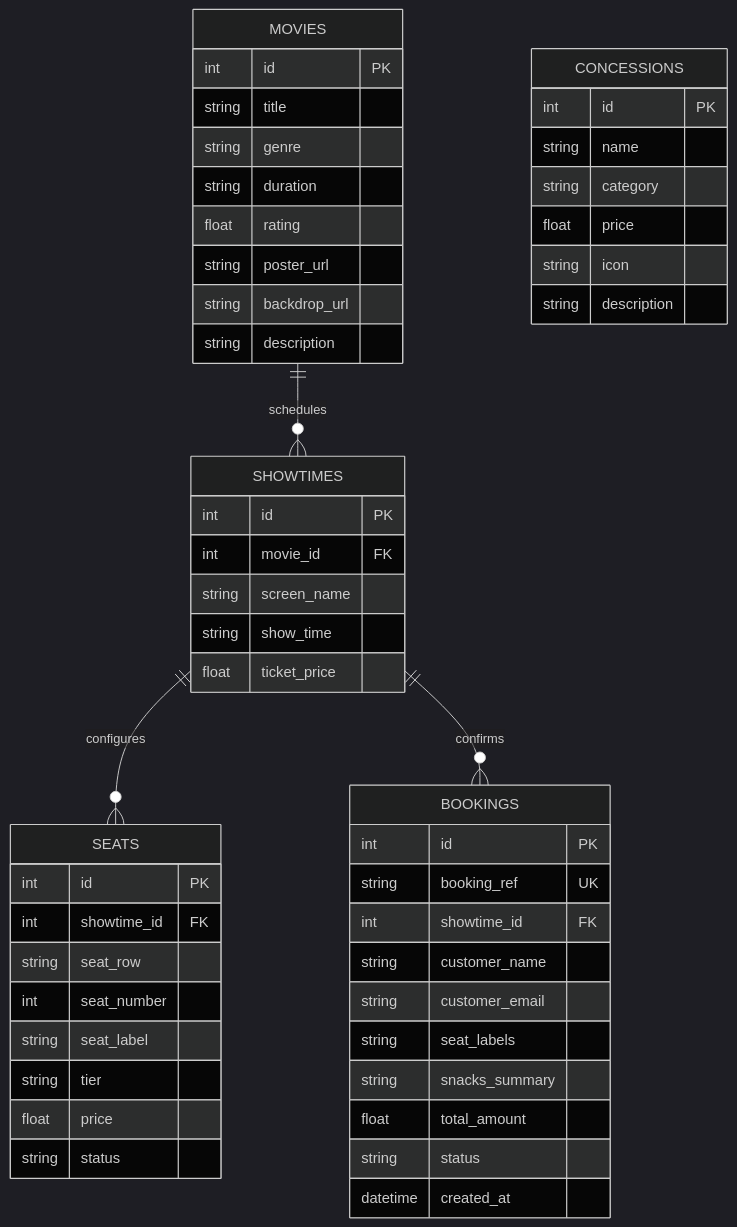
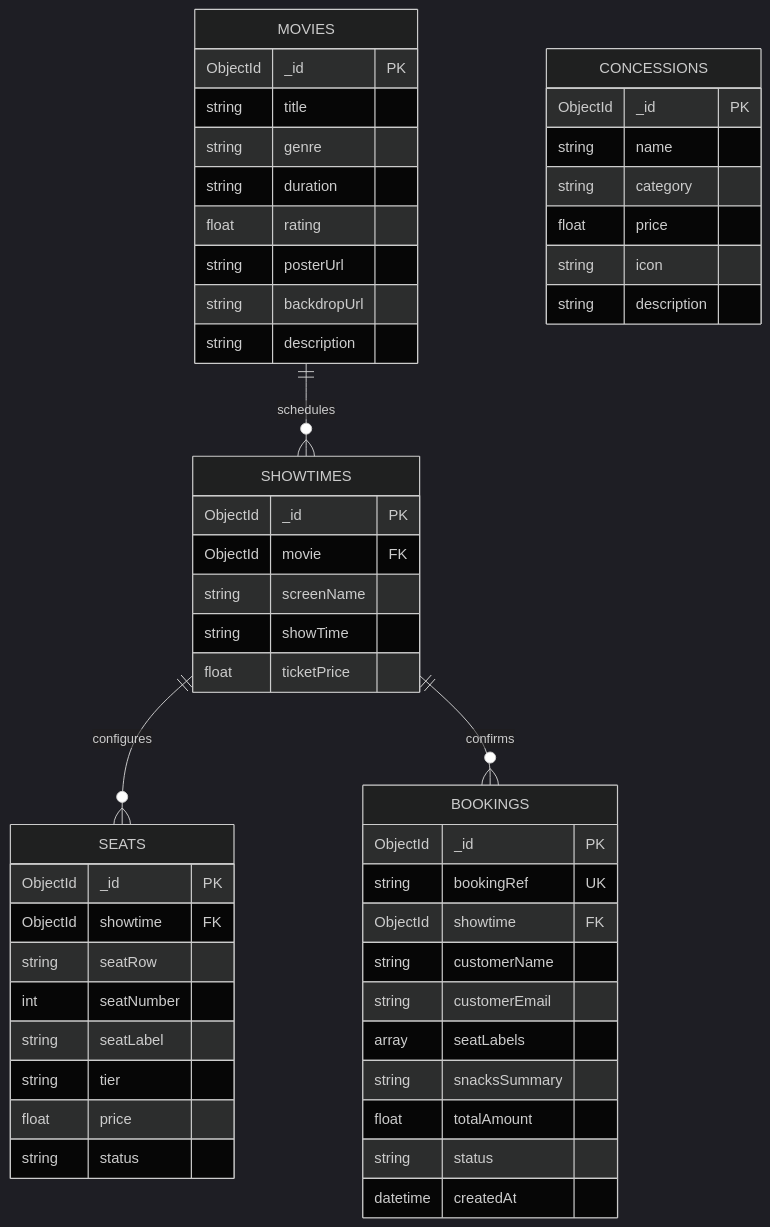
The diagram in README.md (siddiquddin/ticket-booking-project), drawn with Mermaid (dark theme) before and after one commit. The commit also changed other lines of this file and 14 other files, not shown here.

````diff
--- a/README.md
+++ b/README.md
@@ -92,58 +102,58 @@
 ```mermaid
 erDiagram
-    MOVIES ||--o{ SHOWTIMES : schedules
-    SHOWTIMES ||--o{ SEATS : configures
-    SHOWTIMES ||--o{ BOOKINGS : confirms
+    MOVIES ||--o{ SHOWTIMES : "schedules"
+    SHOWTIMES ||--o{ SEATS : "configures"
+    SHOWTIMES ||--o{ BOOKINGS : "confirms"
     
     MOVIES {
-        int id PK
+        ObjectId _id PK
         string title
         string genre
         string duration
         float rating
-        string poster_url
-        string backdrop_url
+        string posterUrl
+        string backdropUrl
         string description
     }
 
     SHOWTIMES {
-        int id PK
-        int movie_id FK
-        string screen_name
-        string show_time
-        float ticket_price
+        ObjectId _id PK
+        ObjectId movie FK
+        string screenName
+        string showTime
+        float ticketPrice
     }
 
     SEATS {
-        int id PK
-        int showtime_id FK
-        string seat_row
-        int seat_number
-        string seat_label
+        ObjectId _id PK
+        ObjectId showtime FK
+        string seatRow
+        int seatNumber
+        string seatLabel
         string tier
         float price
         string status
     }
 
     BOOKINGS {
-        int id PK
-        string booking_ref UK
-        int showtime_id FK
-        string customer_name
-        string customer_email
-        string seat_labels
-        string snacks_summary
-        float total_amount
+        ObjectId _id PK
+        string bookingRef UK
+        ObjectId showtime FK
+        string customerName
+        string customerEmail
+        array seatLabels
+        string snacksSummary
+        float totalAmount
         string status
-        datetime created_at
+        datetime createdAt
     }
 
     CONCESSIONS {
-        int id PK
+        ObjectId _id PK
         string name
         string category
         float price
         string icon
         string description
     }
 ```
````
